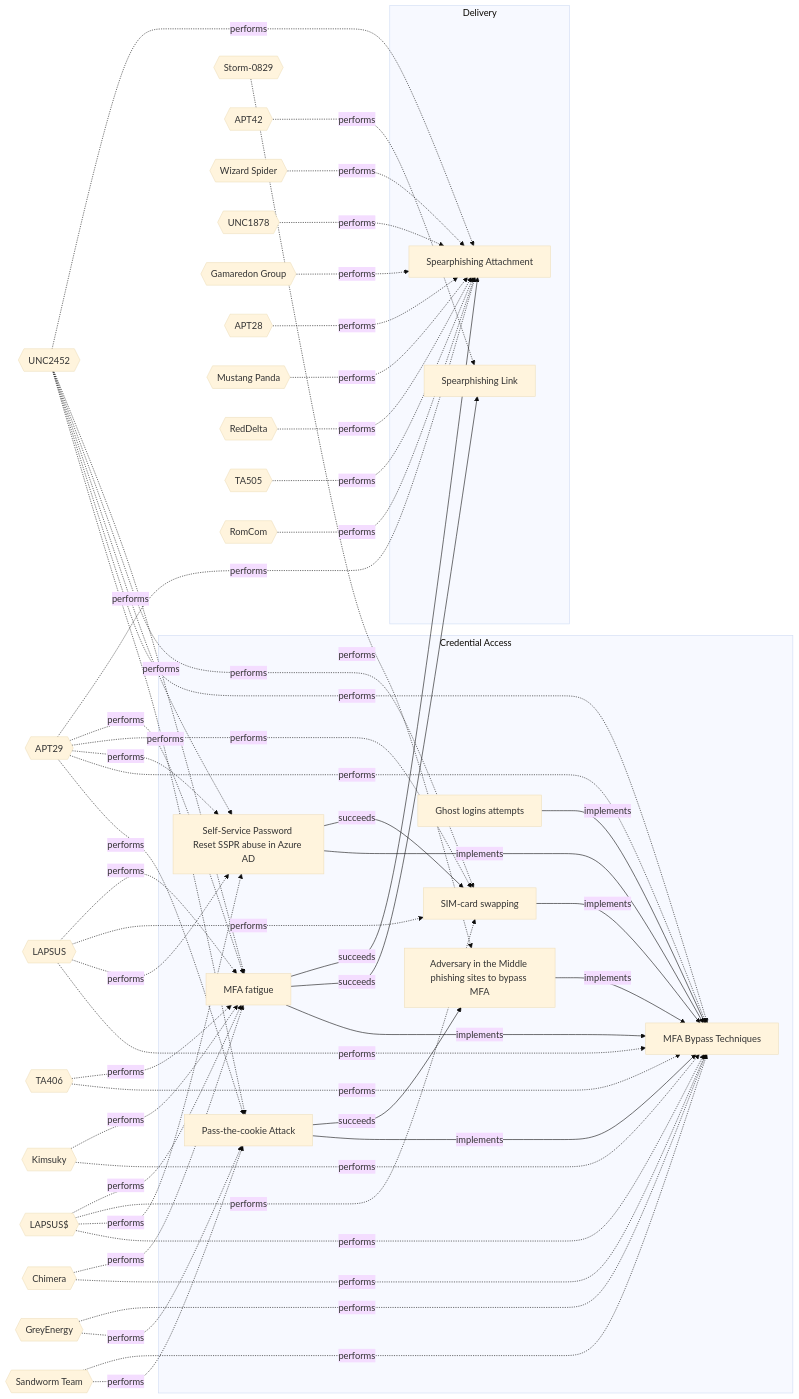
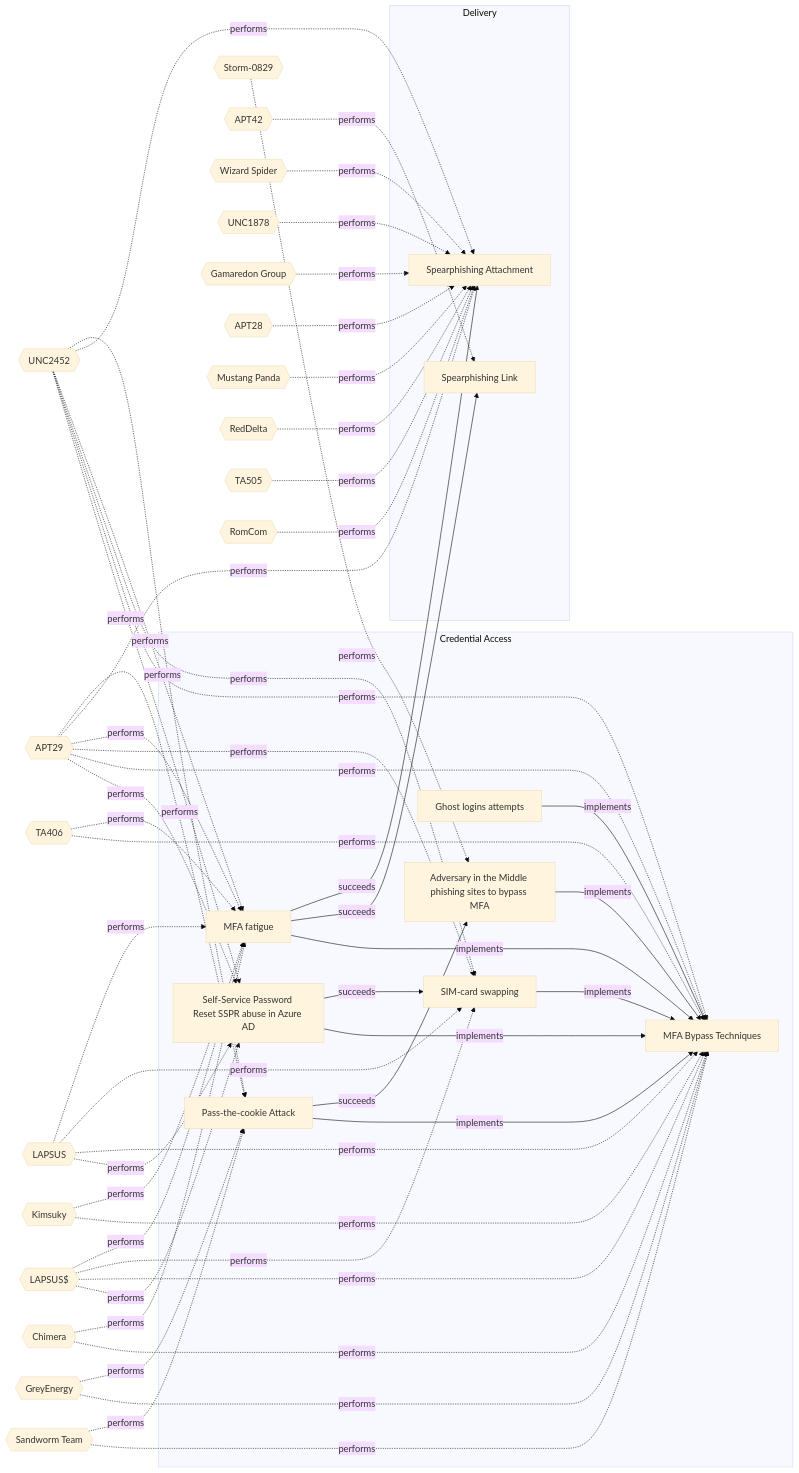
Before and after one commit to OpenTideHQ/WikiTide: the diagram in Models/Threat Vectors/☣️ MFA Bypass Techniques.md, drawn with Mermaid (base theme). The commit also changed other lines of this file and 62 other files, not shown here.

````diff
--- a/Models/Threat Vectors/☣️ MFA Bypass Techniques.md
+++ b/Models/Threat Vectors/☣️ MFA Bypass Techniques.md
@@ -69,30 +69,32 @@
 
 flowchart LR
 
-b0d6bf74-b204-4a48-9509-4499ed795771[Pass-the-cookie Attack]
+a1a17bd4-ec7e-4302-aedf-96ee7c436065[Self-Service Password Reset SSPR abuse in Azure AD]
 4a807ac4-f764-41b1-ae6f-94239041d349[MFA Bypass Techniques]
+6a7a493a-511a-4c9d-aa9c-4427c832a322[SIM-card swapping]
 66aafb61-9a46-4287-8b40-4785b42b77a3[Adversary in the Middle phishing sites to bypass MFA]
-a1a17bd4-ec7e-4302-aedf-96ee7c436065[Self-Service Password Reset SSPR abuse in Azure AD]
-6a7a493a-511a-4c9d-aa9c-4427c832a322[SIM-card swapping]
-6e988fa7-69c9-4aef-897c-a34fa5066dac[Ghost logins attempts]
 56500aed-5dec-42a8-a275-f1392abac979[MFA fatigue]
 1a68b5eb-0112-424d-a21f-88dda0b6b8df[Spearphishing Link]
 dd5d942c-bac4-4000-b9a6-ca4fef6cfb84[Spearphishing Attachment]
+6e988fa7-69c9-4aef-897c-a34fa5066dac[Ghost logins attempts]
+b0d6bf74-b204-4a48-9509-4499ed795771[Pass-the-cookie Attack]
 
 subgraph Credential Access
+a1a17bd4-ec7e-4302-aedf-96ee7c436065
+4a807ac4-f764-41b1-ae6f-94239041d349
+6a7a493a-511a-4c9d-aa9c-4427c832a322
+66aafb61-9a46-4287-8b40-4785b42b77a3
+56500aed-5dec-42a8-a275-f1392abac979
+6e988fa7-69c9-4aef-897c-a34fa5066dac
 b0d6bf74-b204-4a48-9509-4499ed795771
-4a807ac4-f764-41b1-ae6f-94239041d349
-66aafb61-9a46-4287-8b40-4785b42b77a3
-a1a17bd4-ec7e-4302-aedf-96ee7c436065
-6a7a493a-511a-4c9d-aa9c-4427c832a322
-6e988fa7-69c9-4aef-897c-a34fa5066dac
-56500aed-5dec-42a8-a275-f1392abac979
 end
 subgraph Delivery
 1a68b5eb-0112-424d-a21f-88dda0b6b8df
 dd5d942c-bac4-4000-b9a6-ca4fef6cfb84
 end
 
+LAPSUS${{LAPSUS$}}
+LAPSUS{{LAPSUS}}
 APT29{{APT29}}
 UNC2452{{UNC2452}}
 SandwormTeam{{Sandworm Team}}
@@ -100,8 +102,6 @@
 Chimera{{Chimera}}
 Kimsuky{{Kimsuky}}
 TA406{{TA406}}
-LAPSUS${{LAPSUS$}}
-LAPSUS{{LAPSUS}}
 Storm-0829{{Storm-0829}}
 APT42{{APT42}}
 WizardSpider{{Wizard Spider}}
@@ -113,10 +113,10 @@
 TA505{{TA505}}
 RomCom{{RomCom}}
 
-APT29 -.-> |performs| b0d6bf74-b204-4a48-9509-4499ed795771
-UNC2452 -.-> |performs| b0d6bf74-b204-4a48-9509-4499ed795771
-SandwormTeam -.-> |performs| b0d6bf74-b204-4a48-9509-4499ed795771
-GreyEnergy -.-> |performs| b0d6bf74-b204-4a48-9509-4499ed795771
+LAPSUS$ -.-> |performs| a1a17bd4-ec7e-4302-aedf-96ee7c436065
+LAPSUS -.-> |performs| a1a17bd4-ec7e-4302-aedf-96ee7c436065
+APT29 -.-> |performs| a1a17bd4-ec7e-4302-aedf-96ee7c436065
+UNC2452 -.-> |performs| a1a17bd4-ec7e-4302-aedf-96ee7c436065
 APT29 -.-> |performs| 4a807ac4-f764-41b1-ae6f-94239041d349
 UNC2452 -.-> |performs| 4a807ac4-f764-41b1-ae6f-94239041d349
 SandwormTeam -.-> |performs| 4a807ac4-f764-41b1-ae6f-94239041d349
@@ -126,15 +126,11 @@
 TA406 -.-> |performs| 4a807ac4-f764-41b1-ae6f-94239041d349
 LAPSUS$ -.-> |performs| 4a807ac4-f764-41b1-ae6f-94239041d349
 LAPSUS -.-> |performs| 4a807ac4-f764-41b1-ae6f-94239041d349
-Storm-0829 -.-> |performs| 66aafb61-9a46-4287-8b40-4785b42b77a3
-LAPSUS$ -.-> |performs| a1a17bd4-ec7e-4302-aedf-96ee7c436065
-LAPSUS -.-> |performs| a1a17bd4-ec7e-4302-aedf-96ee7c436065
-APT29 -.-> |performs| a1a17bd4-ec7e-4302-aedf-96ee7c436065
-UNC2452 -.-> |performs| a1a17bd4-ec7e-4302-aedf-96ee7c436065
 LAPSUS$ -.-> |performs| 6a7a493a-511a-4c9d-aa9c-4427c832a322
 LAPSUS -.-> |performs| 6a7a493a-511a-4c9d-aa9c-4427c832a322
 APT29 -.-> |performs| 6a7a493a-511a-4c9d-aa9c-4427c832a322
 UNC2452 -.-> |performs| 6a7a493a-511a-4c9d-aa9c-4427c832a322
+Storm-0829 -.-> |performs| 66aafb61-9a46-4287-8b40-4785b42b77a3
 Chimera -.-> |performs| 56500aed-5dec-42a8-a275-f1392abac979
 Kimsuky -.-> |performs| 56500aed-5dec-42a8-a275-f1392abac979
 TA406 -.-> |performs| 56500aed-5dec-42a8-a275-f1392abac979
@@ -153,16 +149,20 @@
 RedDelta -.-> |performs| dd5d942c-bac4-4000-b9a6-ca4fef6cfb84
 TA505 -.-> |performs| dd5d942c-bac4-4000-b9a6-ca4fef6cfb84
 RomCom -.-> |performs| dd5d942c-bac4-4000-b9a6-ca4fef6cfb84
+APT29 -.-> |performs| b0d6bf74-b204-4a48-9509-4499ed795771
+UNC2452 -.-> |performs| b0d6bf74-b204-4a48-9509-4499ed795771
+SandwormTeam -.-> |performs| b0d6bf74-b204-4a48-9509-4499ed795771
+GreyEnergy -.-> |performs| b0d6bf74-b204-4a48-9509-4499ed795771
 
-b0d6bf74-b204-4a48-9509-4499ed795771 -->|implements| 4a807ac4-f764-41b1-ae6f-94239041d349
-b0d6bf74-b204-4a48-9509-4499ed795771 -->|succeeds| 66aafb61-9a46-4287-8b40-4785b42b77a3
 a1a17bd4-ec7e-4302-aedf-96ee7c436065 -->|implements| 4a807ac4-f764-41b1-ae6f-94239041d349
 a1a17bd4-ec7e-4302-aedf-96ee7c436065 -->|succeeds| 6a7a493a-511a-4c9d-aa9c-4427c832a322
-6e988fa7-69c9-4aef-897c-a34fa5066dac -->|implements| 4a807ac4-f764-41b1-ae6f-94239041d349
+66aafb61-9a46-4287-8b40-4785b42b77a3 -->|implements| 4a807ac4-f764-41b1-ae6f-94239041d349
 56500aed-5dec-42a8-a275-f1392abac979 -->|implements| 4a807ac4-f764-41b1-ae6f-94239041d349
 56500aed-5dec-42a8-a275-f1392abac979 -->|succeeds| 1a68b5eb-0112-424d-a21f-88dda0b6b8df
 56500aed-5dec-42a8-a275-f1392abac979 -->|succeeds| dd5d942c-bac4-4000-b9a6-ca4fef6cfb84
+6e988fa7-69c9-4aef-897c-a34fa5066dac -->|implements| 4a807ac4-f764-41b1-ae6f-94239041d349
 6a7a493a-511a-4c9d-aa9c-4427c832a322 -->|implements| 4a807ac4-f764-41b1-ae6f-94239041d349
-66aafb61-9a46-4287-8b40-4785b42b77a3 -->|implements| 4a807ac4-f764-41b1-ae6f-94239041d349
+b0d6bf74-b204-4a48-9509-4499ed795771 -->|implements| 4a807ac4-f764-41b1-ae6f-94239041d349
+b0d6bf74-b204-4a48-9509-4499ed795771 -->|succeeds| 66aafb61-9a46-4287-8b40-4785b42b77a3
 
 ```
````
